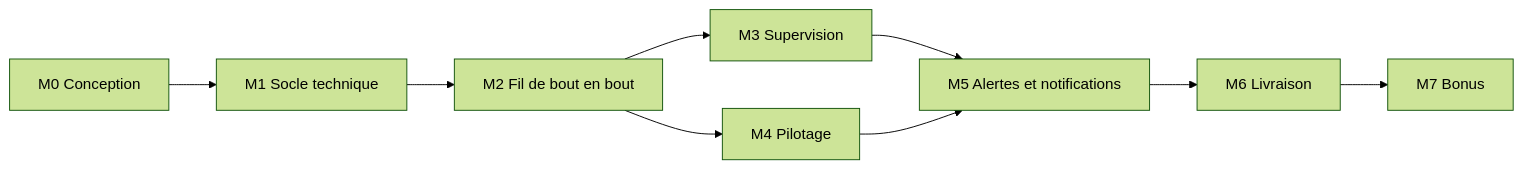
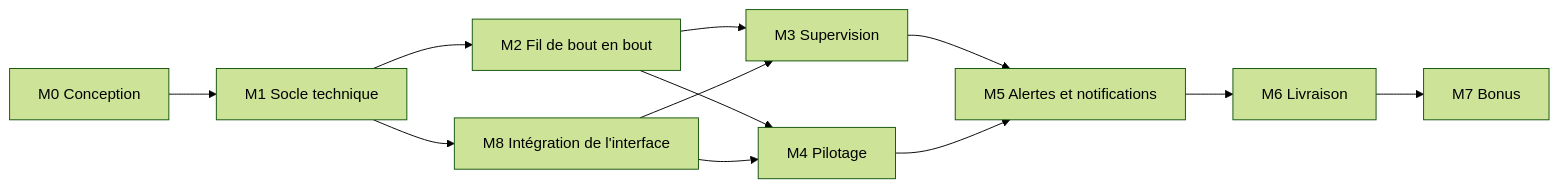
The diagram in docs/conception/04-besoins-fonctionnels.md (SamuelLnds/proj-app-mobile-co), drawn with Mermaid (forest theme) before and after one commit. The commit also changed other lines of this file and 3 other files, not shown here.

First line of the commit message:
docs(design): ajoute la milestone d'intégration de l'interface

````diff
--- a/docs/conception/04-besoins-fonctionnels.md
+++ b/docs/conception/04-besoins-fonctionnels.md
@@ -78,11 +79,14 @@
 ```mermaid
 flowchart LR
   M0["M0 Conception"] --> M1["M1 Socle technique"]
   M1 --> M2["M2 Fil de bout en bout"]
+  M1 --> M8["M8 Intégration de l'interface"]
   M2 --> M3["M3 Supervision"]
   M2 --> M4["M4 Pilotage"]
+  M8 --> M3
+  M8 --> M4
   M3 --> M5["M5 Alertes et notifications"]
   M4 --> M5
   M5 --> M6["M6 Livraison"]
   M6 --> M7["M7 Bonus"]
 ```
````
